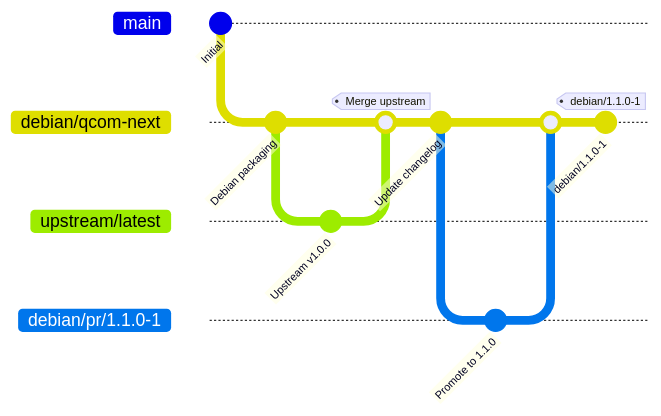
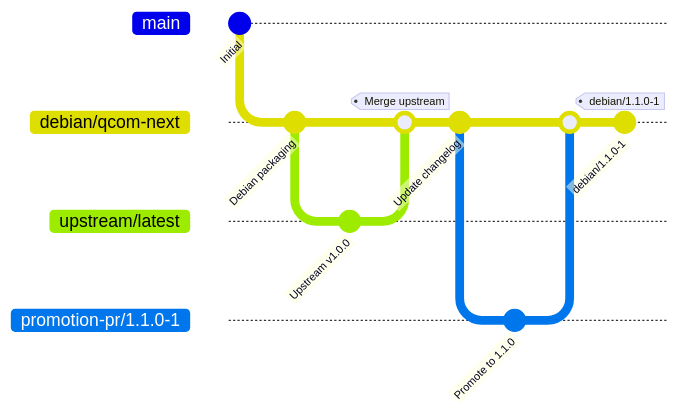
The first of 4 diagrams in docs/package-repo-integration.md (qualcomm-linux/qcom-build-utils), drawn with Mermaid before and after one commit. The commit also changed other lines of this file and 7 other files, not shown here.

First line of the commit message:
promote: use promotion-pr branch prefix

````diff
--- a/docs/package-repo-integration.md
+++ b/docs/package-repo-integration.md
@@ -48,16 +48,16 @@
 ```mermaid
 gitGraph
     commit id: "Initial"
     branch debian/qcom-next
     commit id: "Debian packaging"
     branch upstream/latest
     commit id: "Upstream v1.0.0"
     checkout debian/qcom-next
     merge upstream/latest tag: "Merge upstream"
     commit id: "Update changelog"
-    branch debian/pr/1.1.0-1
+    branch promotion-pr/1.1.0-1
     commit id: "Promote to 1.1.0"
     checkout debian/qcom-next
-    merge debian/pr/1.1.0-1
+    merge promotion-pr/1.1.0-1
     commit id: "debian/1.1.0-1" tag: "debian/1.1.0-1"
 ```
````
